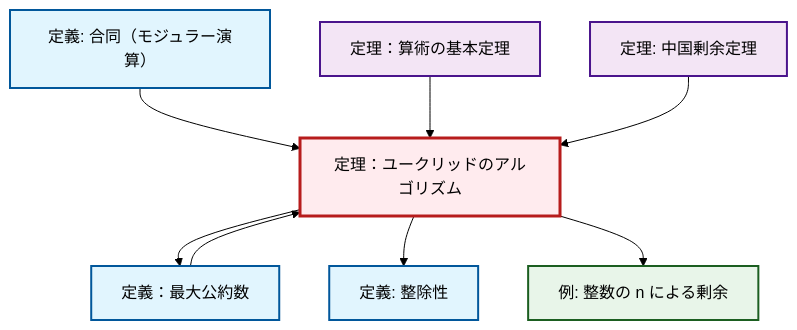
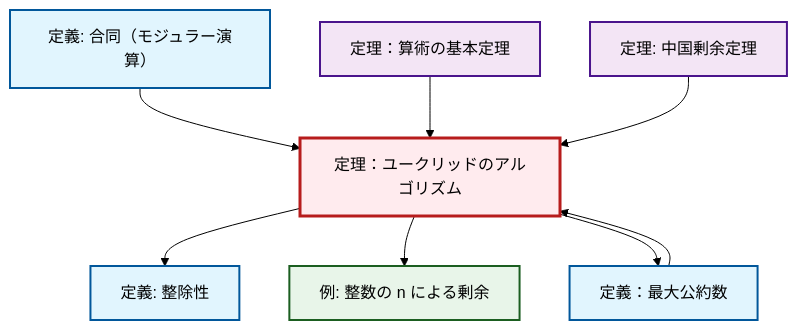
One commit to RK0429/ModernMath changed the second of 2 diagrams in content/ja/number-theory/thm-euclidean-algorithm.qmd. Above: the diagram before and after it, drawn with Mermaid (forest theme). The commit also changed other lines of this file and 328 other files, not shown here.

````diff
--- a/content/ja/number-theory/thm-euclidean-algorithm.qmd
+++ b/content/ja/number-theory/thm-euclidean-algorithm.qmd
@@ -96,30 +96,30 @@
 ```{mermaid}
 %%| fig-cap: "ローカル依存関係グラフ"
 graph TD
     classDef definition fill:#e1f5fe,stroke:#01579b,stroke-width:2px
     classDef theorem fill:#f3e5f5,stroke:#4a148c,stroke-width:2px
     classDef axiom fill:#fff3e0,stroke:#e65100,stroke-width:2px
     classDef example fill:#e8f5e9,stroke:#1b5e20,stroke-width:2px
     classDef current fill:#ffebee,stroke:#b71c1c,stroke-width:3px
+    thm-fundamental-arithmetic["定理：算術の基本定理"]:::theorem
+    thm-chinese-remainder["定理: 中国剰余定理"]:::theorem
+    ex-quotient-integers-mod-n["例: 整数の n による剰余"]:::example
     thm-euclidean-algorithm["定理：ユークリッドのアルゴリズム"]:::theorem
-    thm-fundamental-arithmetic["定理：算術の基本定理"]:::theorem
-    ex-quotient-integers-mod-n["例: 整数の n による剰余"]:::example
+    def-divisibility["定義: 整除性"]:::definition
     def-congruence["定義: 合同（モジュラー演算）"]:::definition
     def-gcd["定義：最大公約数"]:::definition
-    thm-chinese-remainder["定理: 中国剰余定理"]:::theorem
-    def-divisibility["定義: 整除性"]:::definition
-    thm-euclidean-algorithm --> def-gcd
-    thm-euclidean-algorithm --> def-divisibility
     def-congruence --> thm-euclidean-algorithm
     def-gcd --> thm-euclidean-algorithm
+    thm-euclidean-algorithm --> def-divisibility
+    thm-euclidean-algorithm --> ex-quotient-integers-mod-n
     thm-fundamental-arithmetic --> thm-euclidean-algorithm
+    thm-euclidean-algorithm --> def-gcd
     thm-chinese-remainder --> thm-euclidean-algorithm
-    thm-euclidean-algorithm --> ex-quotient-integers-mod-n
     class thm-euclidean-algorithm current
     click thm-fundamental-arithmetic "thm-fundamental-arithmetic.html" "定理：算術の基本定理へ"
+    click thm-chinese-remainder "thm-chinese-remainder.html" "中国剰余定理の定理へ"
     click ex-quotient-integers-mod-n "ex-quotient-integers-mod-n.html" "整数の n による剰余の例へ"
+    click def-divisibility "def-divisibility.html" "整除性の定義へ"
     click def-congruence "def-congruence.html" "合同（モジュラー演算）の定義へ"
     click def-gcd "def-gcd.html" "定義：最大公約数へ"
-    click thm-chinese-remainder "thm-chinese-remainder.html" "中国剰余定理の定理へ"
-    click def-divisibility "def-divisibility.html" "整除性の定義へ"
 ```
````
